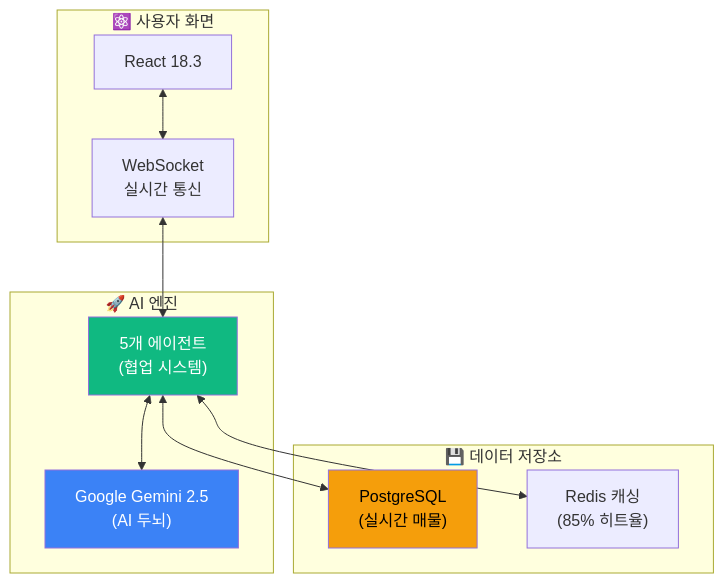
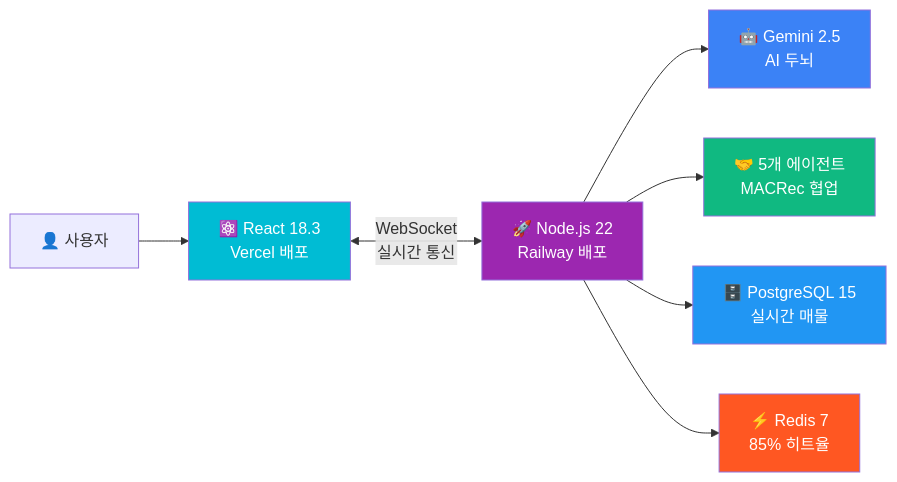
The fourth of 7 diagrams in README.md (SeSAC-DA1/CarFin_AI_Final), drawn with Mermaid before and after one commit. The commit also changed other lines of this file, not shown here.

````diff
--- a/README.md
+++ b/README.md
@@ -228,27 +222,17 @@
 ```mermaid
-graph TB
-    subgraph Frontend["⚛️ 사용자 화면"]
-        React["React 18.3"]
-        WS["WebSocket<br/>실시간 통신"]
-    end
+flowchart LR
+    User["👤 사용자"] --> React["⚛️ React 18.3<br/>Vercel 배포"]
+    React <-->|"WebSocket<br/>실시간 통신"| Backend["🚀 Node.js 22<br/>Railway 배포"]
 
-    subgraph Backend["🚀 AI 엔진"]
-        Gemini["Google Gemini 2.5<br/>(AI 두뇌)"]
-        Agents["5개 에이전트<br/>(협업 시스템)"]
-    end
+    Backend --> Gemini["🤖 Gemini 2.5<br/>AI 두뇌"]
+    Backend --> Agents["🤝 5개 에이전트<br/>MACRec 협업"]
+    Backend --> DB["🗄️ PostgreSQL 15<br/>실시간 매물"]
+    Backend --> Redis["⚡ Redis 7<br/>85% 히트율"]
 
-    subgraph Data["💾 데이터 저장소"]
-        DB["PostgreSQL<br/>(실시간 매물)"]
-        Redis["Redis 캐싱<br/>(85% 히트율)"]
-    end
-
-    React <--> WS
-    WS <--> Agents
-    Agents <--> Gemini
-    Agents <--> DB
-    Agents <--> Redis
-
+    style React fill:#00BCD4,color:#fff
+    style Backend fill:#9C27B0,color:#fff
+    style Agents fill:#10B981,color:#fff
     style Gemini fill:#3B82F6,color:#fff
-    style Agents fill:#10B981,color:#fff
-    style DB fill:#F59E0B,color:#000
+    style DB fill:#2196F3,color:#fff
+    style Redis fill:#FF5722,color:#fff
 ```
````
